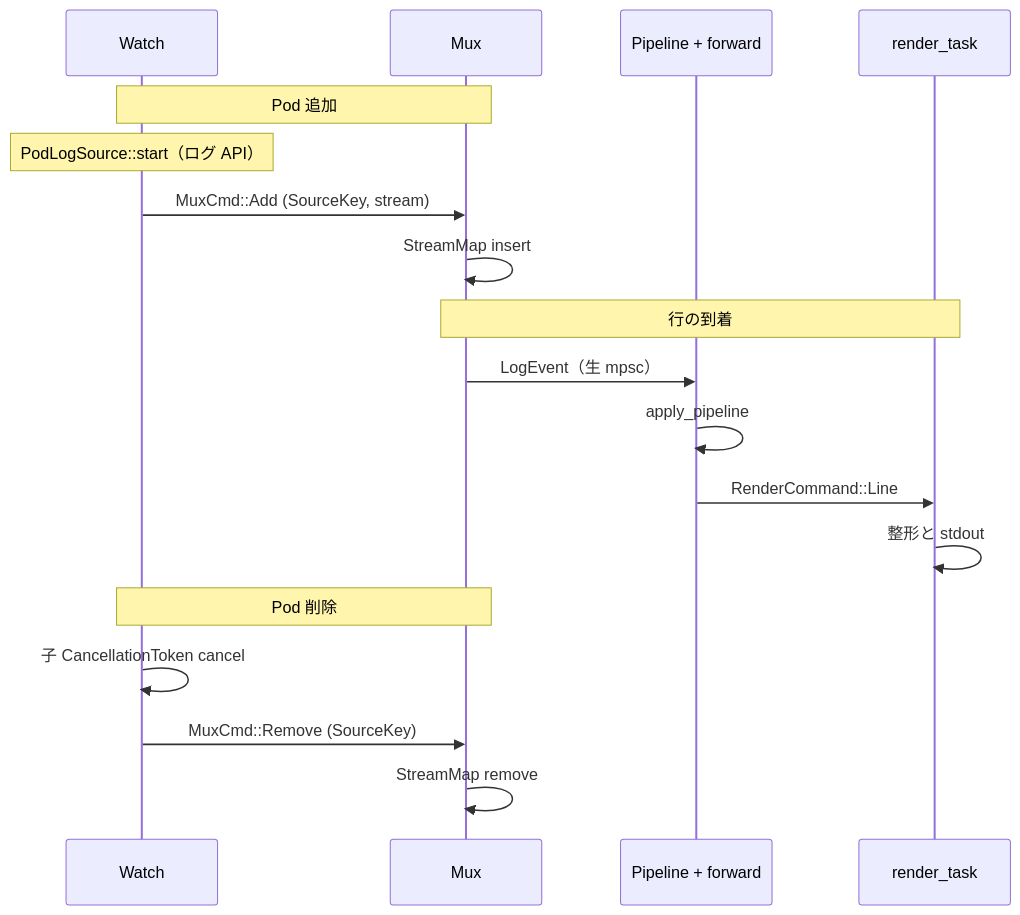
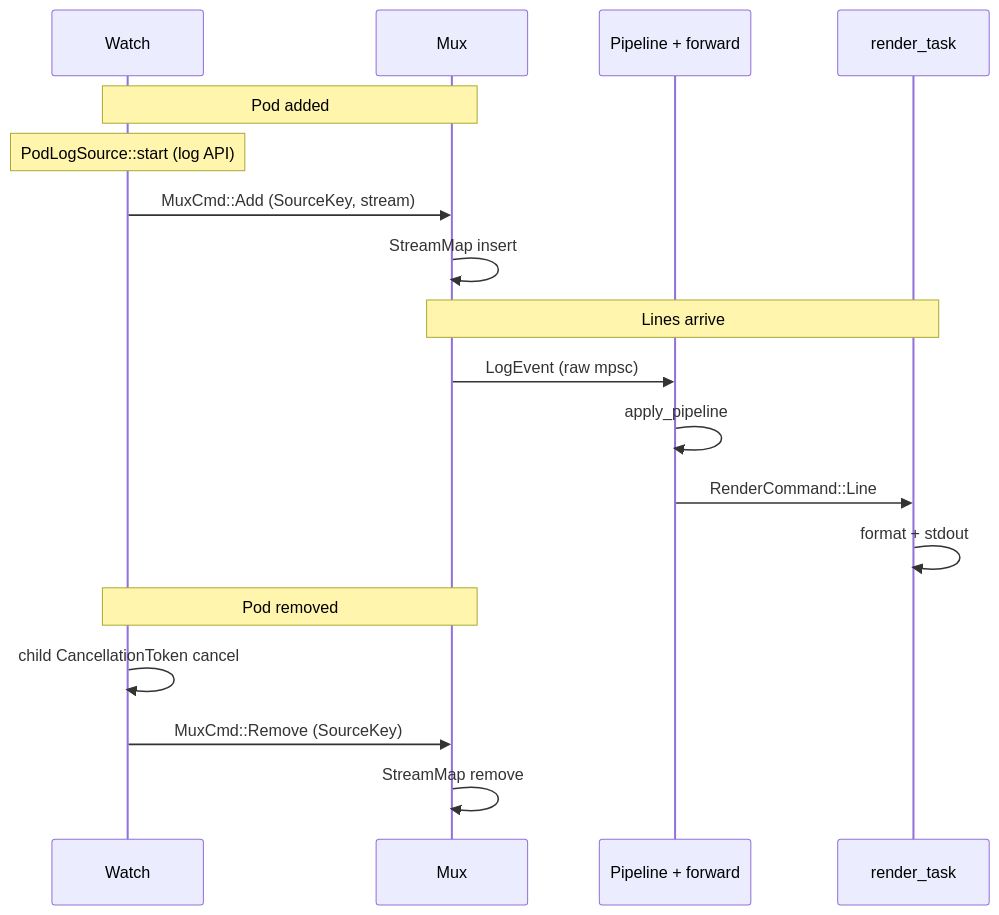
One commit to daisuke8000/rustern changed the fifth of 5 diagrams in crates/rustern-core/README.md. Above: the diagram before and after it, drawn with Mermaid. The commit also changed other lines of this file and 20 other files, not shown here.

````diff
--- a/crates/rustern-core/README.md
+++ b/crates/rustern-core/README.md
@@ -208,23 +208,23 @@
 ```mermaid
 sequenceDiagram
     participant W as Watch
     participant M as Mux
     participant P as Pipeline + forward
     participant R as render_task
 
-    Note over W, M: Pod 追加
-    Note over W: PodLogSource::start（ログ API）
+    Note over W, M: Pod added
+    Note over W: PodLogSource::start (log API)
     W->>M: MuxCmd::Add (SourceKey, stream)
     M->>M: StreamMap insert
 
-    Note over M, R: 行の到着
-    M->>P: LogEvent（生 mpsc）
+    Note over M, R: Lines arrive
+    M->>P: LogEvent (raw mpsc)
     P->>P: apply_pipeline
     P->>R: RenderCommand::Line
-    R->>R: 整形と stdout
+    R->>R: format + stdout
 
-    Note over W, M: Pod 削除
-    W->>W: 子 CancellationToken cancel
+    Note over W, M: Pod removed
+    W->>W: child CancellationToken cancel
     W->>M: MuxCmd::Remove (SourceKey)
     M->>M: StreamMap remove
 ```
````
